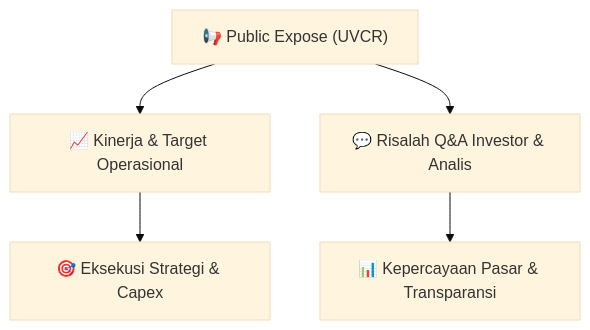
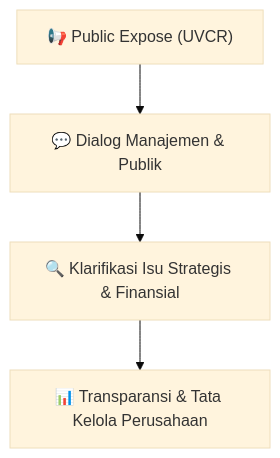
The diagram in Finplan_analyst/knowledge-base/public-exposes/hasil-pubex/UVCR_Public_Expose_20260911.md (anYoneo/alphadigest-idx), drawn with Mermaid (base theme) before and after one commit. The commit also changed other lines of this file and 526 other files, not shown here.

````diff
--- a/Finplan_analyst/knowledge-base/public-exposes/hasil-pubex/UVCR_Public_Expose_20260911.md
+++ b/Finplan_analyst/knowledge-base/public-exposes/hasil-pubex/UVCR_Public_Expose_20260911.md
@@ -15,7 +106,6 @@
 ```mermaid
 flowchart TD
-    A["📢 Public Expose (UVCR)"] --> B["📈 Kinerja & Target Operasional"]
-    A --> C["💬 Risalah Q&A Investor & Analis"]
-    B --> D["🎯 Eksekusi Strategi & Capex"]
-    C --> E["📊 Kepercayaan Pasar & Transparansi"]
+    A["📢 Public Expose (UVCR)"] --> B["💬 Dialog Manajemen & Publik"]
+    B --> C["🔍 Klarifikasi Isu Strategis & Finansial"]
+    C --> D["📊 Transparansi & Tata Kelola Perusahaan"]
 ```
````
